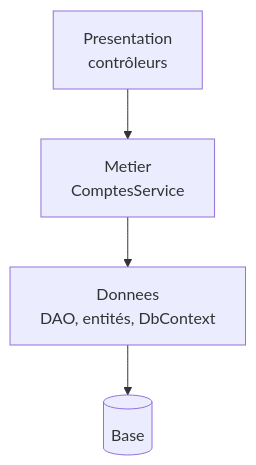
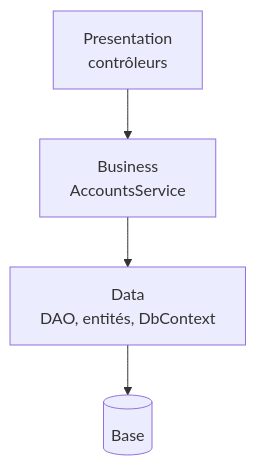
One commit to drangoht/ArchitecturesDemo changed the diagram in Docs/fiches/00-couches.md. Above: the diagram before and after it, drawn with Mermaid. The commit also changed other lines of this file and 70 other files, not shown here.

Commit message:
Docs FR : identifiants, liens, diagrammes et sorties alignés sur le code anglais

````diff
--- a/Docs/fiches/00-couches.md
+++ b/Docs/fiches/00-couches.md
@@ -11,4 +11,4 @@
 ```mermaid
 flowchart TB
-    P["Presentation<br/>contrôleurs"] --> M["Metier<br/>ComptesService"] --> D["Donnees<br/>DAO, entités, DbContext"] --> DB[("Base")]
+    P["Presentation<br/>contrôleurs"] --> M["Business<br/>AccountsService"] --> D["Data<br/>DAO, entités, DbContext"] --> DB[("Base")]
 ```
````
